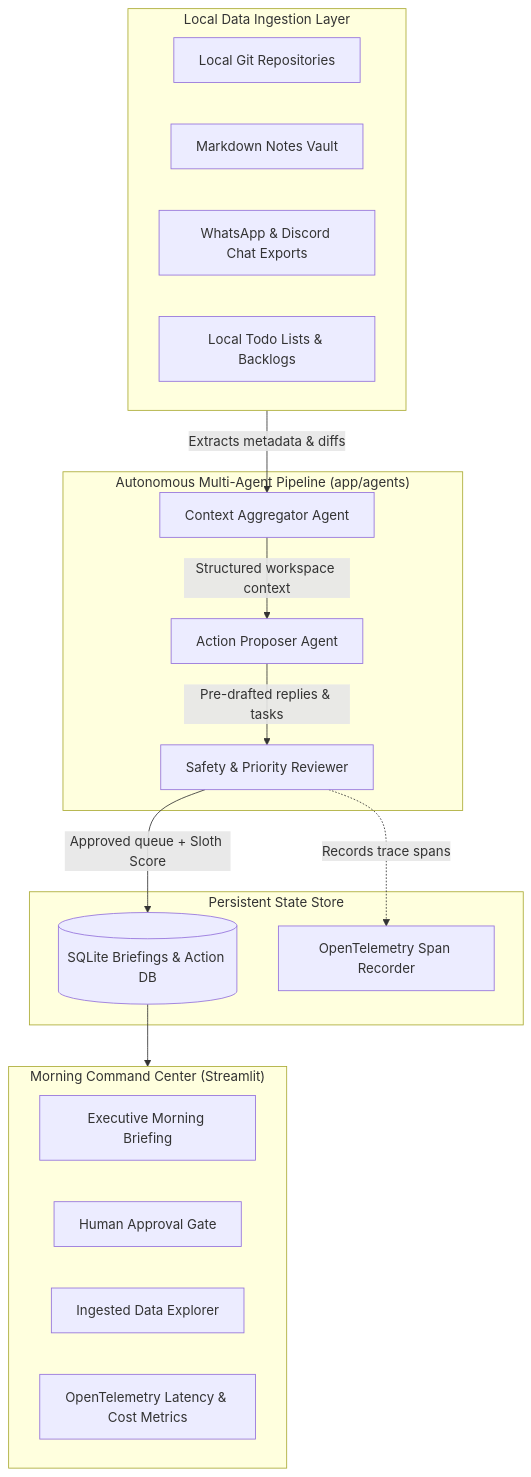
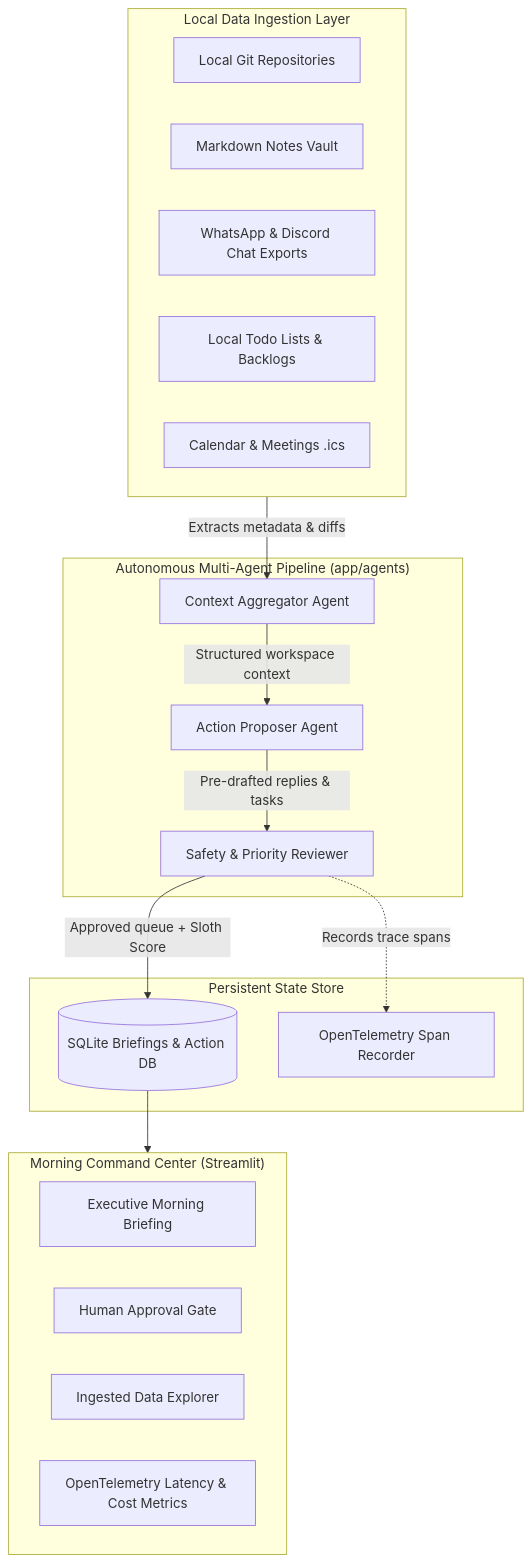
The diagram in README.md (VimalN2005/slothpilot), drawn with Mermaid before and after one commit. The commit also changed other lines of this file, not shown here.

Commit message:
docs: update README with calendar ingestion, sleep buffer and scheduler daemon

````diff
--- a/README.md
+++ b/README.md
@@ -35,34 +35,35 @@
 ```mermaid
 flowchart TD
     subgraph DataSources["Local Data Ingestion Layer"]
         G[Local Git Repositories]
         N[Markdown Notes Vault]
         C[WhatsApp & Discord Chat Exports]
         T[Local Todo Lists & Backlogs]
+        K[Calendar & Meetings .ics]
     end
 
     subgraph Agents["Autonomous Multi-Agent Pipeline (app/agents)"]
         AG[Context Aggregator Agent]
         AP[Action Proposer Agent]
         RV[Safety & Priority Reviewer]
     end
 
     subgraph Storage["Persistent State Store"]
         DB[(SQLite Briefings & Action DB)]
         OTEL[OpenTelemetry Span Recorder]
     end
 
     subgraph UI["Morning Command Center (Streamlit)"]
         D1[Executive Morning Briefing]
         D2[Human Approval Gate]
         D3[Ingested Data Explorer]
         D4[OpenTelemetry Latency & Cost Metrics]
     end
 
     DataSources -->|Extracts metadata & diffs| AG
     AG -->|Structured workspace context| AP
     AP -->|Pre-drafted replies & tasks| RV
     RV -->|Approved queue + Sloth Score| DB
     RV -.->|Records trace spans| OTEL
     DB --> UI
 ```
````
